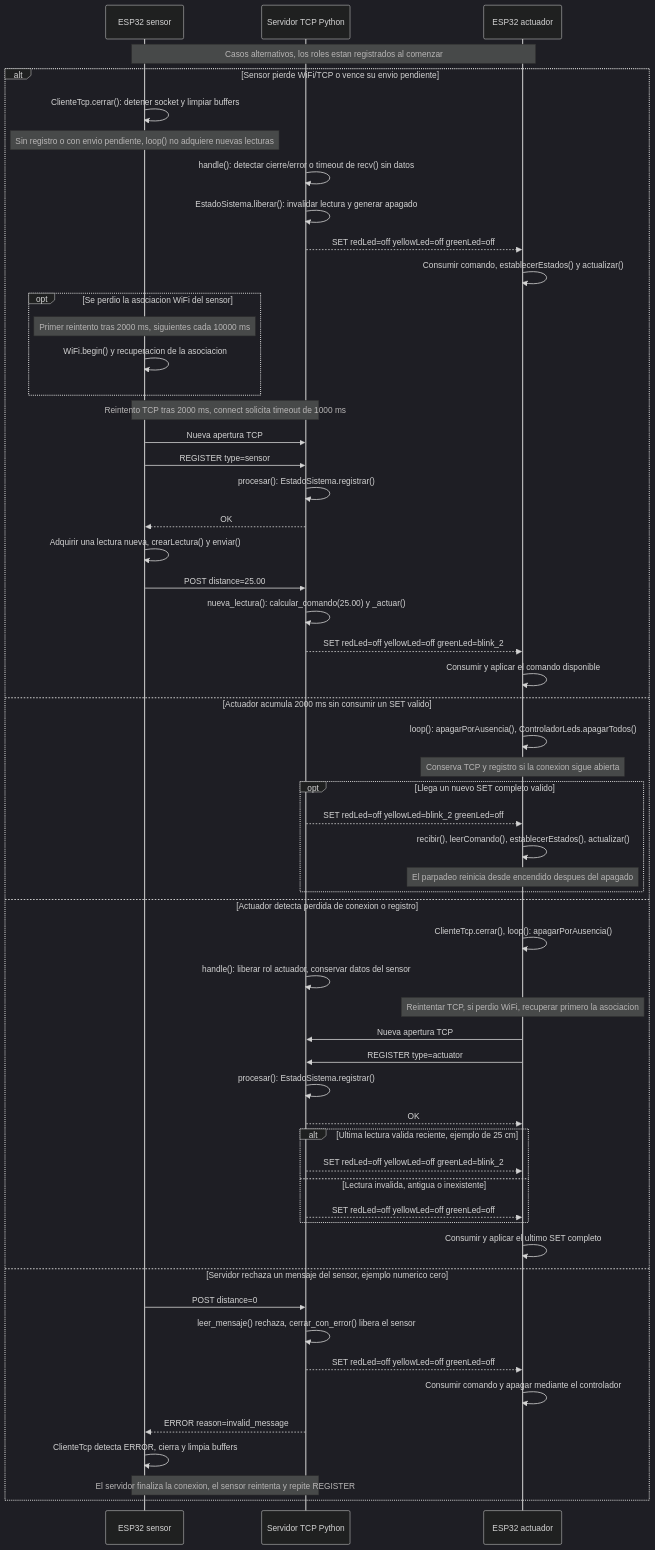
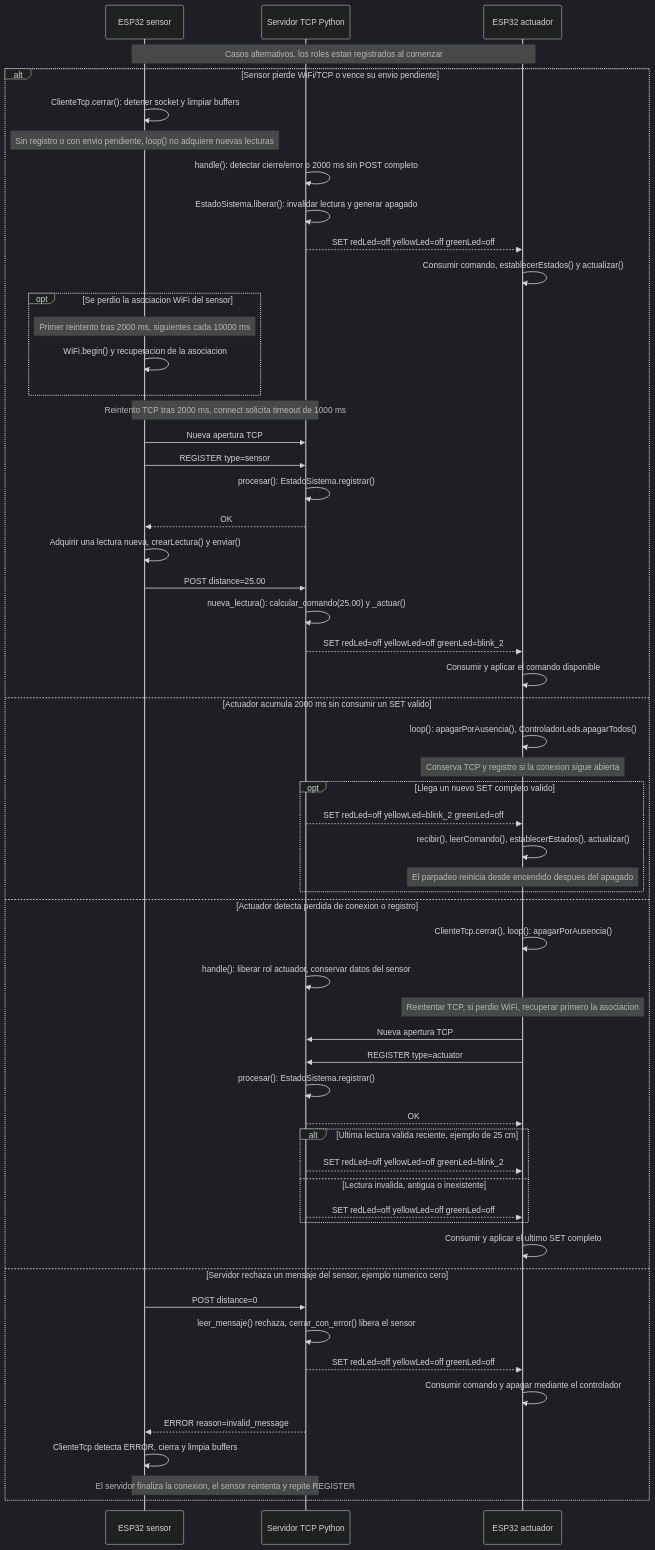
The fifth of 5 diagrams in INFORME.md (JustAdrianMercado/Integracion-de-Objetos-Inteligentes-con-TCP-IP), drawn with Mermaid (dark theme) before and after one commit. The commit also changed other lines of this file and 22 other files, not shown here.

````diff
--- a/INFORME.md
+++ b/INFORME.md
@@ -596,60 +602,60 @@
 ```mermaid
 sequenceDiagram
     participant S as ESP32 sensor
     participant PC as Servidor TCP Python
     participant A as ESP32 actuador
 
     Note over S,A: Casos alternativos, los roles estan registrados al comenzar
     alt Sensor pierde WiFi/TCP o vence su envio pendiente
         S->>S: ClienteTcp.cerrar(): detener socket y limpiar buffers
         Note over S: Sin registro o con envio pendiente, loop() no adquiere nuevas lecturas
-        PC->>PC: handle(): detectar cierre/error o timeout de recv() sin datos
+        PC->>PC: handle(): detectar cierre/error o 2000 ms sin POST completo
         PC->>PC: EstadoSistema.liberar(): invalidar lectura y generar apagado
         PC-->>A: SET redLed=off yellowLed=off greenLed=off
         A->>A: Consumir comando, establecerEstados() y actualizar()
         opt Se perdio la asociacion WiFi del sensor
             Note over S: Primer reintento tras 2000 ms, siguientes cada 10000 ms
             S->>S: WiFi.begin() y recuperacion de la asociacion
         end
         Note over S,PC: Reintento TCP tras 2000 ms, connect solicita timeout de 1000 ms
         S->>PC: Nueva apertura TCP
         S->>PC: REGISTER type=sensor
         PC->>PC: procesar(): EstadoSistema.registrar()
         PC-->>S: OK
         S->>S: Adquirir una lectura nueva, crearLectura() y enviar()
         S->>PC: POST distance=25.00
         PC->>PC: nueva_lectura(): calcular_comando(25.00) y _actuar()
         PC-->>A: SET redLed=off yellowLed=off greenLed=blink_2
         A->>A: Consumir y aplicar el comando disponible
     else Actuador acumula 2000 ms sin consumir un SET valido
         A->>A: loop(): apagarPorAusencia(), ControladorLeds.apagarTodos()
         Note over A: Conserva TCP y registro si la conexion sigue abierta
         opt Llega un nuevo SET completo valido
             PC-->>A: SET redLed=off yellowLed=blink_2 greenLed=off
             A->>A: recibir(), leerComando(), establecerEstados(), actualizar()
             Note over A: El parpadeo reinicia desde encendido despues del apagado
         end
     else Actuador detecta perdida de conexion o registro
         A->>A: ClienteTcp.cerrar(), loop(): apagarPorAusencia()
         PC->>PC: handle(): liberar rol actuador, conservar datos del sensor
         Note over A: Reintentar TCP, si perdio WiFi, recuperar primero la asociacion
         A->>PC: Nueva apertura TCP
         A->>PC: REGISTER type=actuator
         PC->>PC: procesar(): EstadoSistema.registrar()
         PC-->>A: OK
         alt Ultima lectura valida reciente, ejemplo de 25 cm
             PC-->>A: SET redLed=off yellowLed=off greenLed=blink_2
         else Lectura invalida, antigua o inexistente
             PC-->>A: SET redLed=off yellowLed=off greenLed=off
         end
         A->>A: Consumir y aplicar el ultimo SET completo
     else Servidor rechaza un mensaje del sensor, ejemplo numerico cero
         S->>PC: POST distance=0
         PC->>PC: leer_mensaje() rechaza, cerrar_con_error() libera el sensor
         PC-->>A: SET redLed=off yellowLed=off greenLed=off
         A->>A: Consumir comando y apagar mediante el controlador
         PC-->>S: ERROR reason=invalid_message
         S->>S: ClienteTcp detecta ERROR, cierra y limpia buffers
         Note over S,PC: El servidor finaliza la conexion, el sensor reintenta y repite REGISTER
     end
 ```
````
